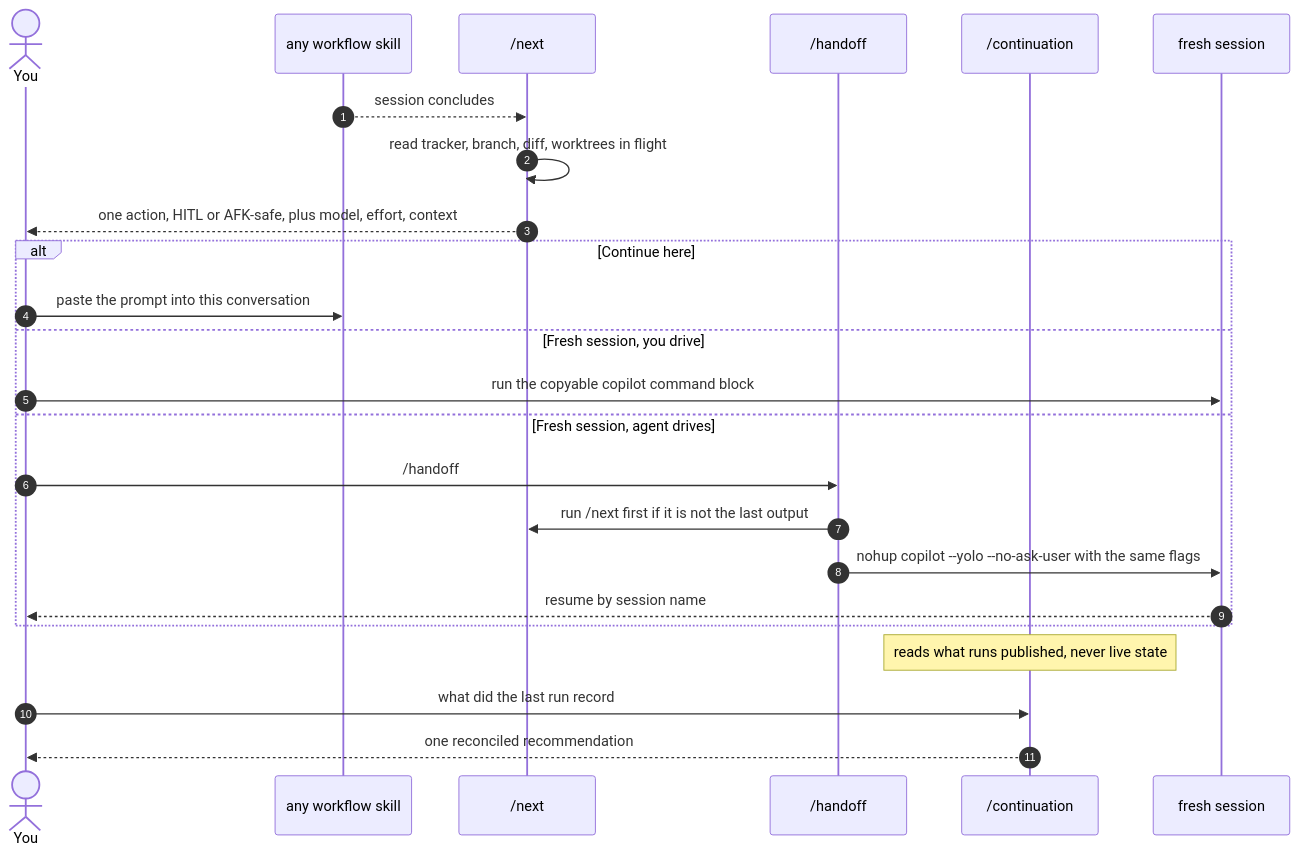
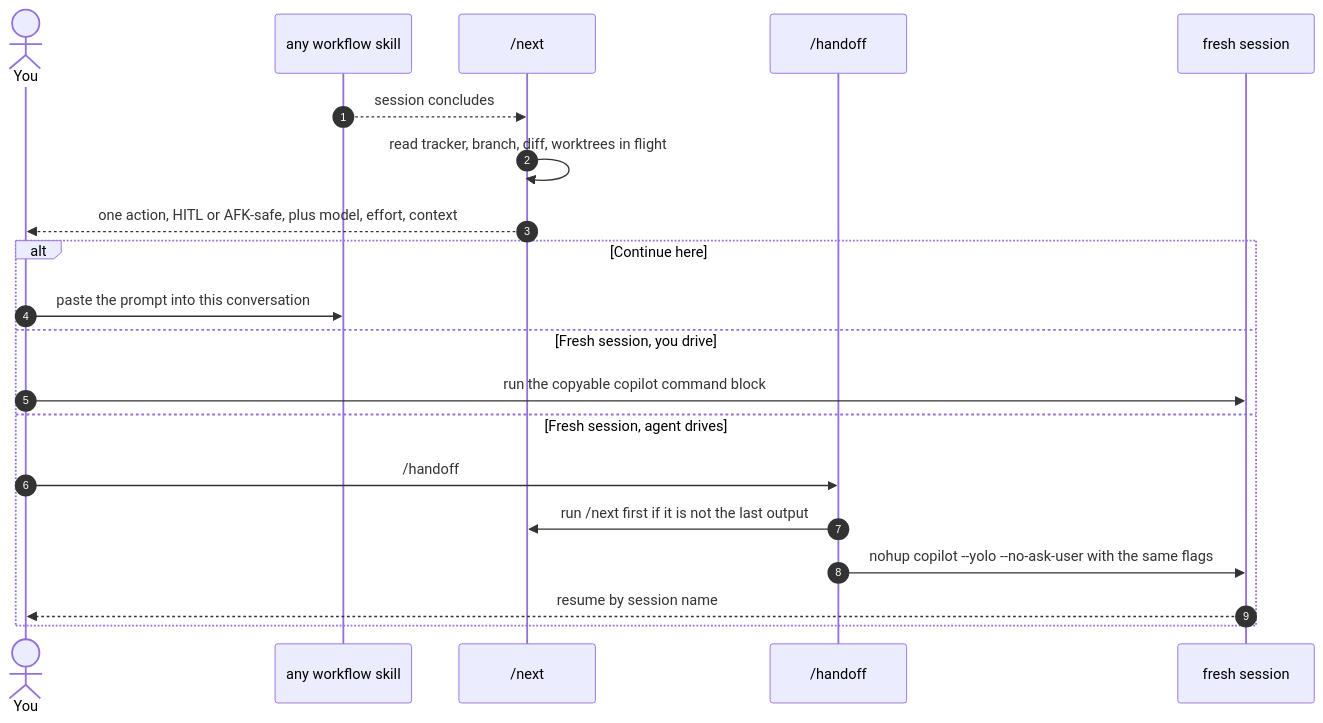
The third of 12 diagrams in docs/skill-connections.md (bradcstevens/git-loopy-skills), drawn with Mermaid before and after one commit. The commit also changed other lines of this file and 20 other files, not shown here.

````diff
--- a/docs/skill-connections.md
+++ b/docs/skill-connections.md
@@ -176,29 +157,24 @@
 ```mermaid
 sequenceDiagram
     autonumber
     actor U as You
     participant SK as any workflow skill
     participant NX as /next
     participant HO as /handoff
-    participant CN as /continuation
     participant BG as fresh session
 
     SK-->>NX: session concludes
     NX->>NX: read tracker, branch, diff, worktrees in flight
     NX-->>U: one action, HITL or AFK-safe, plus model, effort, context
 
     alt Continue here
         U->>SK: paste the prompt into this conversation
     else Fresh session, you drive
         U->>BG: run the copyable copilot command block
     else Fresh session, agent drives
         U->>HO: /handoff
         HO->>NX: run /next first if it is not the last output
         HO->>BG: nohup copilot --yolo --no-ask-user with the same flags
         BG-->>U: resume by session name
     end
-
-    Note over CN: reads what runs published, never live state
-    U->>CN: what did the last run record
-    CN-->>U: one reconciled recommendation
 ```
````
